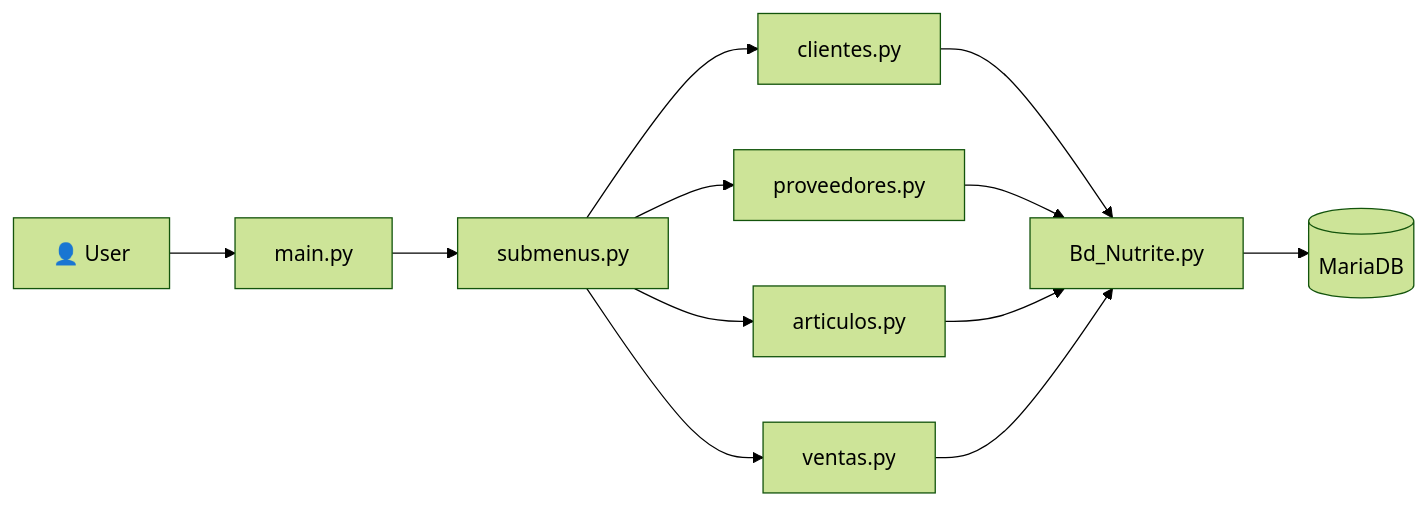
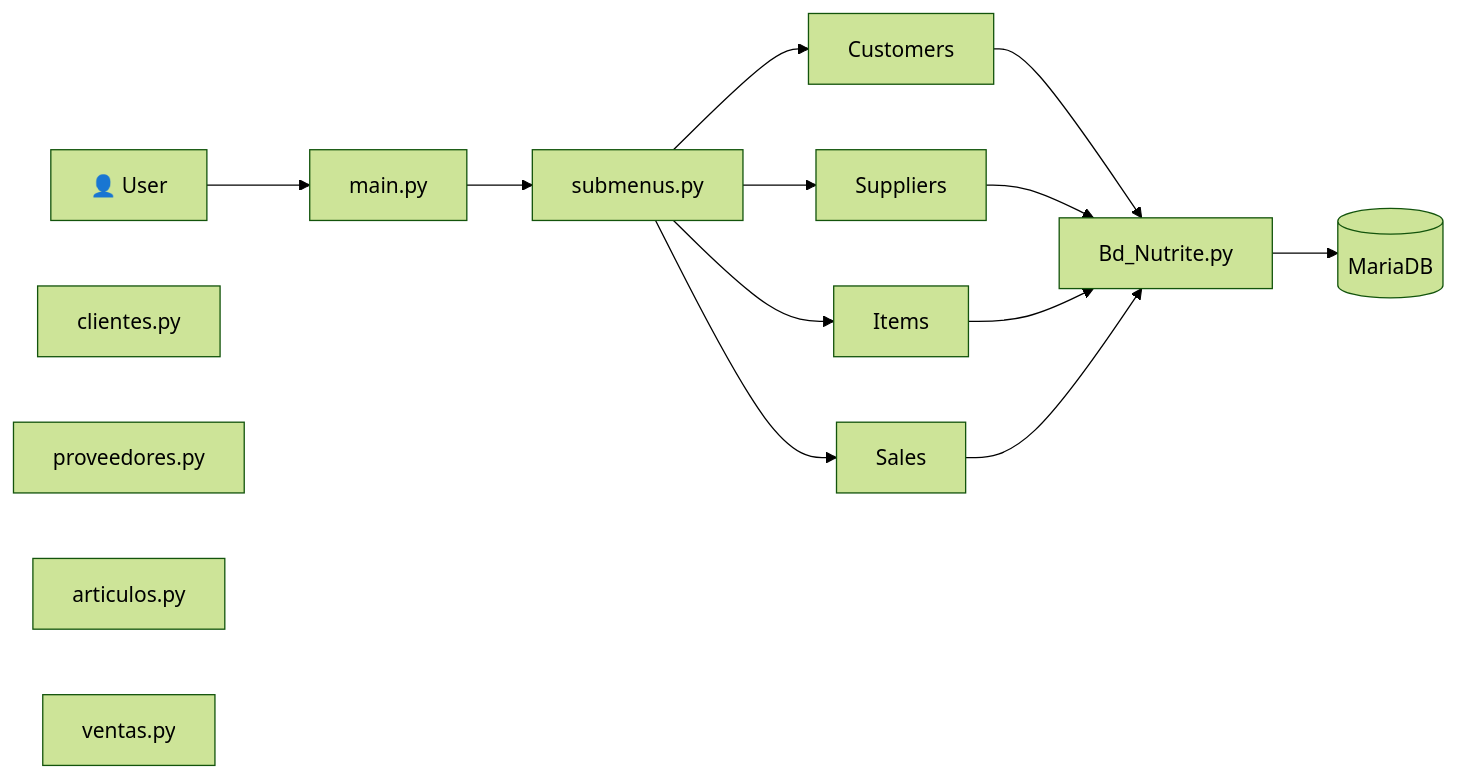
One commit to StefiVergini/python-dietetic-management-system changed the diagram in README.md. Above: the diagram before and after it, drawn with Mermaid (forest theme).

Commit message:
Translate menu items from Spanish to English

````diff
--- a/README.md
+++ b/README.md
@@ -30,37 +30,37 @@
 ```mermaid
 flowchart LR
 
 User["👤 User"]
 
 Main["main.py"]
 
 Menu["submenus.py"]
 
 Clientes["clientes.py"]
 
 Proveedores["proveedores.py"]
 
 Articulos["articulos.py"]
 
 Ventas["ventas.py"]
 
 DB["Bd_Nutrite.py"]
 
 Maria[(MariaDB)]
 
 User --> Main
 
 Main --> Menu
 
-Menu --> Clientes
-Menu --> Proveedores
-Menu --> Articulos
-Menu --> Ventas
+Menu --> Customers
+Menu --> Suppliers
+Menu --> Items
+Menu --> Sales
 
-Clientes --> DB
-Proveedores --> DB
-Articulos --> DB
-Ventas --> DB
+Customers --> DB
+Suppliers --> DB
+Items --> DB
+Sales --> DB
 
 DB --> Maria
 ```
````
